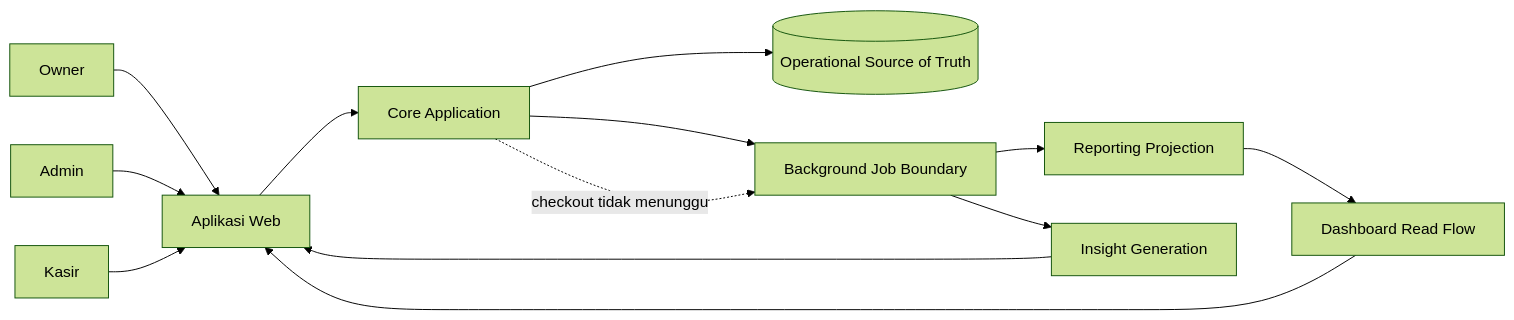
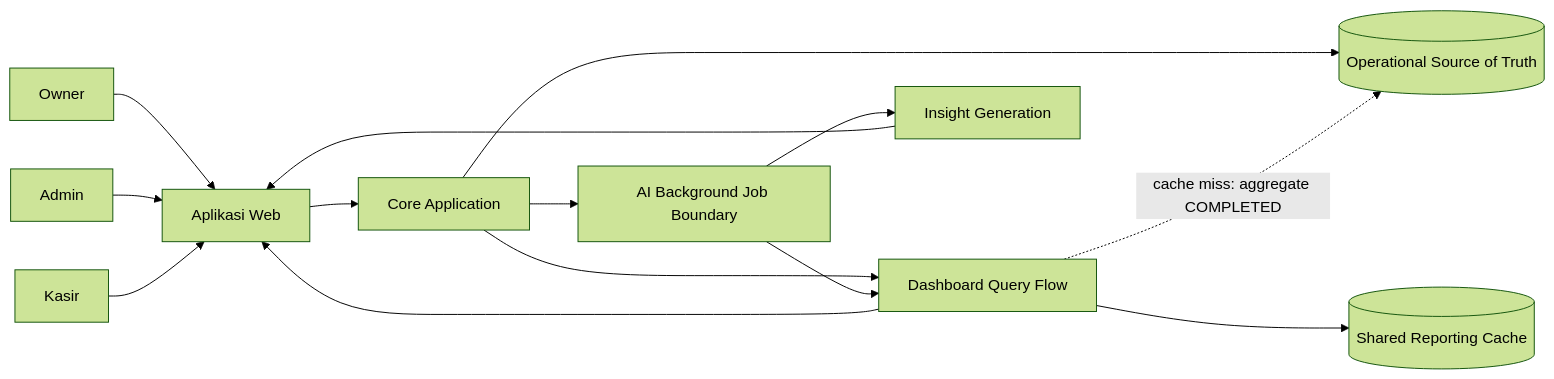
The first of 4 diagrams in docs/deliverables/03-iterasi-1-proposed-srs.md (TeamOneee/pos-project-be), drawn with Mermaid (forest theme) before and after one commit. The commit also changed other lines of this file and 4 other files, not shown here.

````diff
--- a/docs/deliverables/03-iterasi-1-proposed-srs.md
+++ b/docs/deliverables/03-iterasi-1-proposed-srs.md
@@ -120,16 +121,16 @@
 ```mermaid
 flowchart LR
     O["Owner"] --> UI["Aplikasi Web"]
     A["Admin"] --> UI
     K["Kasir"] --> UI
     UI --> CORE["Core Application"]
     CORE --> OPDB[("Operational Source of Truth")]
-    CORE --> JOB["Background Job Boundary"]
-    JOB --> REPORT["Reporting Projection"]
-    REPORT --> DASH["Dashboard Read Flow"]
+    CORE --> DASH["Dashboard Query Flow"]
+    DASH --> CACHE[("Shared Reporting Cache")]
+    DASH -. "cache miss: aggregate COMPLETED" .-> OPDB
+    CORE --> JOB["AI Background Job Boundary"]
     JOB --> AI["Insight Generation"]
+    JOB --> DASH
     DASH --> UI
     AI --> UI
-
-    CORE -. "checkout tidak menunggu" .-> JOB
 ```
````
